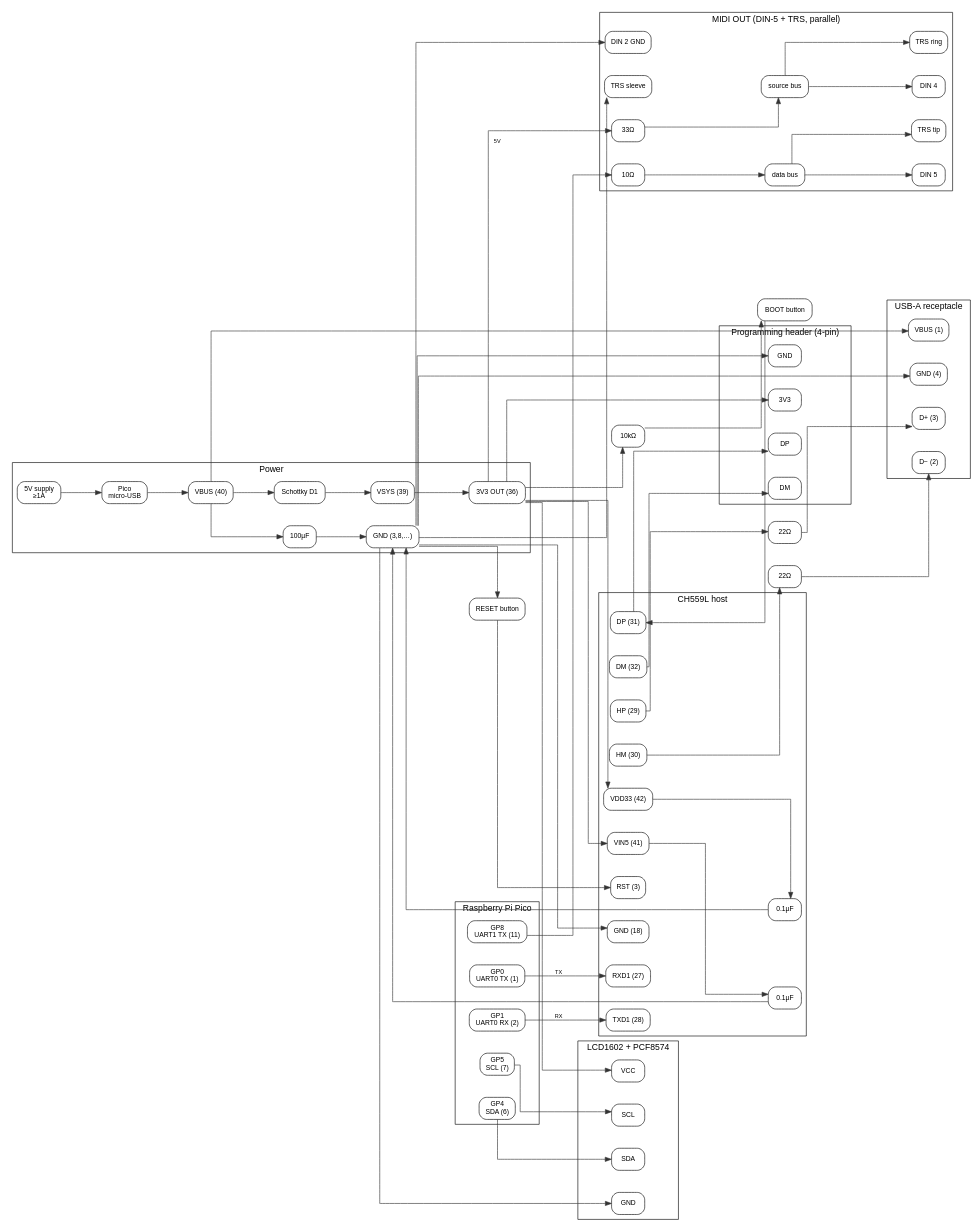
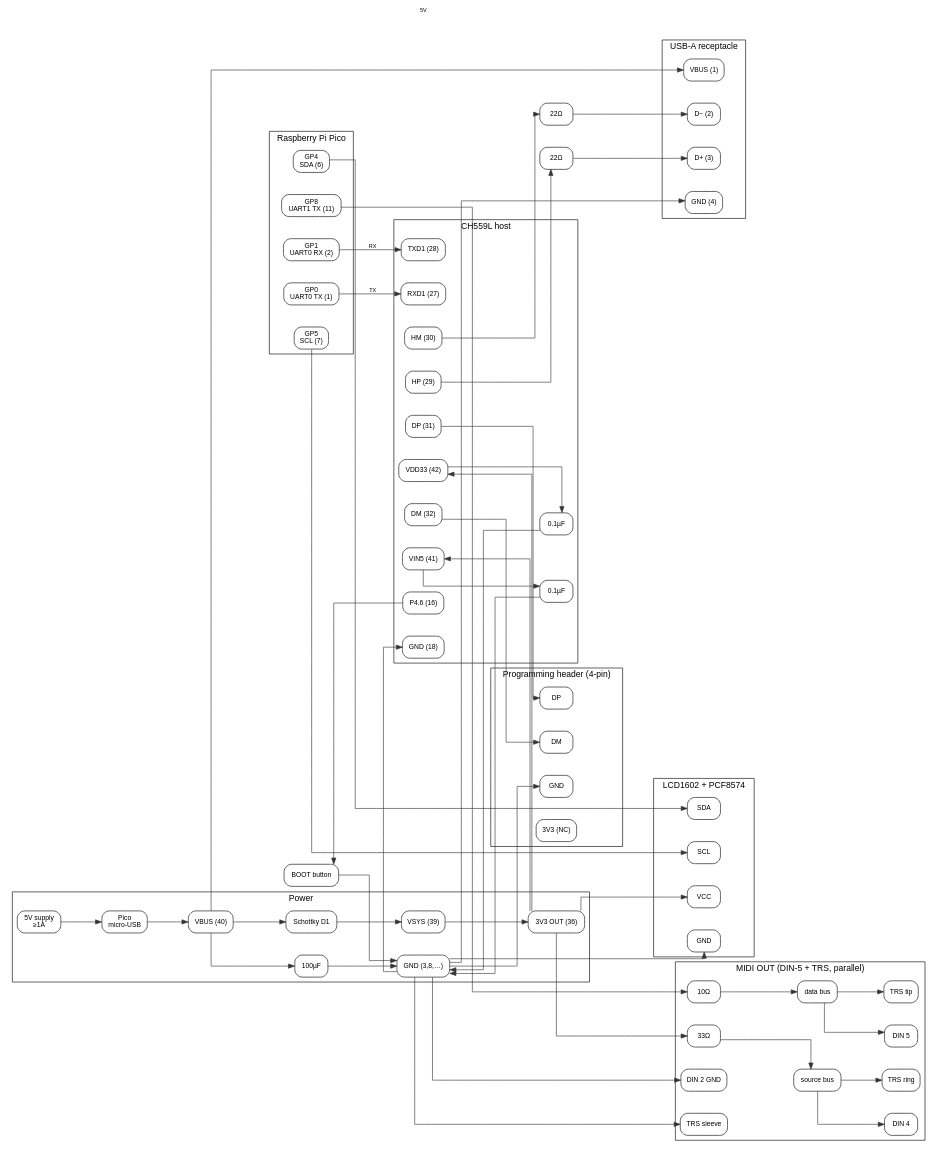
The diagram in docs/wiring.md (t-bowzer/KCPico), drawn with Graphviz before and after one commit. The commit also changed other lines of this file and 75 other files, not shown here.

````diff
--- a/docs/wiring.md
+++ b/docs/wiring.md
@@ -136,7 +137,7 @@
         C_VIN [label="0.1µF"];
         C_VDD [label="0.1µF"];
         CGN [label="GND (18)"];
-        CRST [label="RST (3)"];
+        CP46 [label="P4.6 (16)"];
     }
 
     subgraph cluster_kbd {
@@ -152,14 +153,12 @@
         PDP [label="DP"];
         PDM [label="DM"];
         PGN [label="GND"];
-        PV3 [label="3V3"];
+        PV3 [label="3V3 (NC)"];
     }
 
     BOOT [label="BOOT button"];
-    RESET [label="RESET button"];
     R_HP [label="22Ω"];
     R_HM [label="22Ω"];
-    R_BOOT [label="10kΩ"];
 
     subgraph cluster_midi {
         label="MIDI OUT (DIN-5 + TRS, parallel)";
@@ -208,14 +207,12 @@
     CV5 -> C_VIN -> GND;
     CVD -> C_VDD -> GND;
     V33 -> LVCC;
-    V33 -> PV3;
     V33 -> R33;
     R33 -> MSRC;
     MSRC -> DIN4;
     MSRC -> RING;
-    V33 -> R_BOOT;
-    R_BOOT -> BOOT;
-    BOOT -> CDP;
+    CP46 -> BOOT;
+    BOOT -> GND;
 
     GND -> CGN;
     GND -> KGN;
@@ -223,7 +220,5 @@
     GND -> PGN;
     GND -> DIN2;
     GND -> SLEEVE;
-    GND -> RESET;
-    RESET -> CRST;
 }
 ```
````
